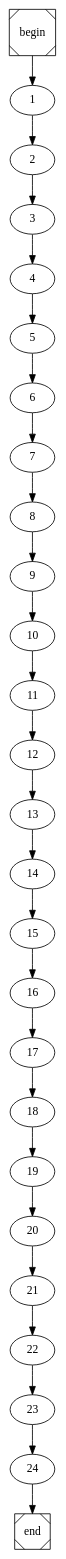
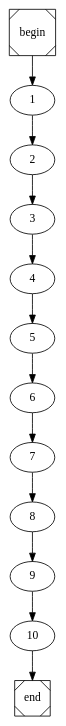
One commit to arubenruben/JMM-Compiler changed the diagram in build_test_arr.dot. Above: the diagram before and after it, drawn with Graphviz. The commit also changed 11 other files, not shown here.

```diff
--- a/build_test_arr.dot
+++ b/build_test_arr.dot
@@ -1,4 +1,4 @@
 digraph cfg {
 	begin [shape=Msquare];
 	end [shape=Msquare];
-	begin -> 1;	1 -> 2;	2 -> 3;	3 -> 4;	4 -> 5;	5 -> 6;	6 -> 7;	7 -> 8;	8 -> 9;	9 -> 10;	10 -> 11;	11 -> 12;	12 -> 13;	13 -> 14;	14 -> 15;	15 -> 16;	16 -> 17;	17 -> 18;	18 -> 19;	19 -> 20;	20 -> 21;	21 -> 22;	22 -> 23;	23 -> 24;	24 -> end;}
+	begin -> 1;	1 -> 2;	2 -> 3;	3 -> 4;	4 -> 5;	5 -> 6;	6 -> 7;	7 -> 8;	8 -> 9;	9 -> 10;	10 -> end;}
```
